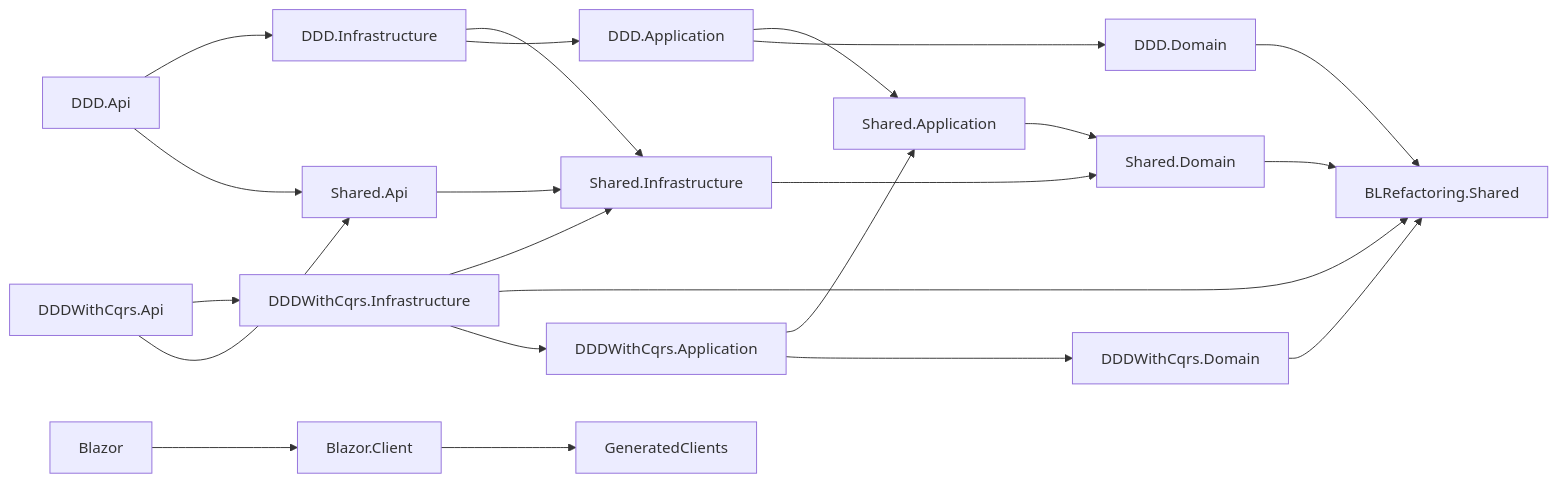
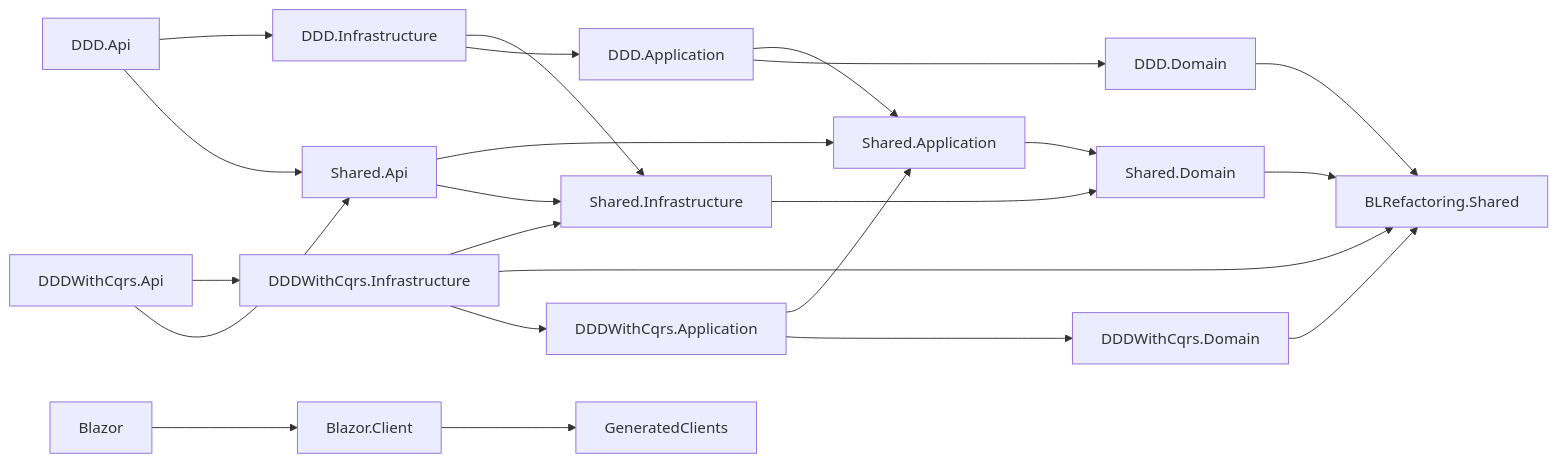
Before and after one commit to maxime-poulain/BLRefactoring: the second of 5 diagrams in README.md, drawn with Mermaid. The commit also changed other lines of this file and 127 other files, not shown here.

First line of the commit message:
Record the architecture in ADRs, then make the code say the same thing (#45)

````diff
--- a/README.md
+++ b/README.md
@@ -146,47 +154,48 @@
 ```mermaid
 flowchart LR
     Kernel["BLRefactoring.Shared"]
     Domain["Shared.Domain"]
     SharedApp["Shared.Application"]
     SharedInfra["Shared.Infrastructure"]
     SharedApi["Shared.Api"]
 
     DddDomain["DDD.Domain"]
     DddApp["DDD.Application"]
     DddInfra["DDD.Infrastructure"]
     DddApi["DDD.Api"]
 
     CqrsDomain["DDDWithCqrs.Domain"]
     CqrsApp["DDDWithCqrs.Application"]
     CqrsInfra["DDDWithCqrs.Infrastructure"]
     CqrsApi["DDDWithCqrs.Api"]
 
     Clients["GeneratedClients"]
     BlazorClient["Blazor.Client"]
     BlazorHost["Blazor"]
 
     Domain --> Kernel
     SharedApp --> Domain
     SharedInfra --> Domain
+    SharedApi --> SharedApp
     SharedApi --> SharedInfra
 
     DddDomain --> Kernel
     DddApp --> SharedApp
     DddApp --> DddDomain
     DddInfra --> SharedInfra
     DddInfra --> DddApp
     DddApi --> DddInfra
     DddApi --> SharedApi
 
     CqrsDomain --> Kernel
     CqrsApp --> SharedApp
     CqrsApp --> CqrsDomain
     CqrsInfra --> SharedInfra
     CqrsInfra --> Kernel
     CqrsInfra --> CqrsApp
     CqrsApi --> CqrsInfra
     CqrsApi --> SharedApi
 
     BlazorClient --> Clients
     BlazorHost --> BlazorClient
 ```
````
